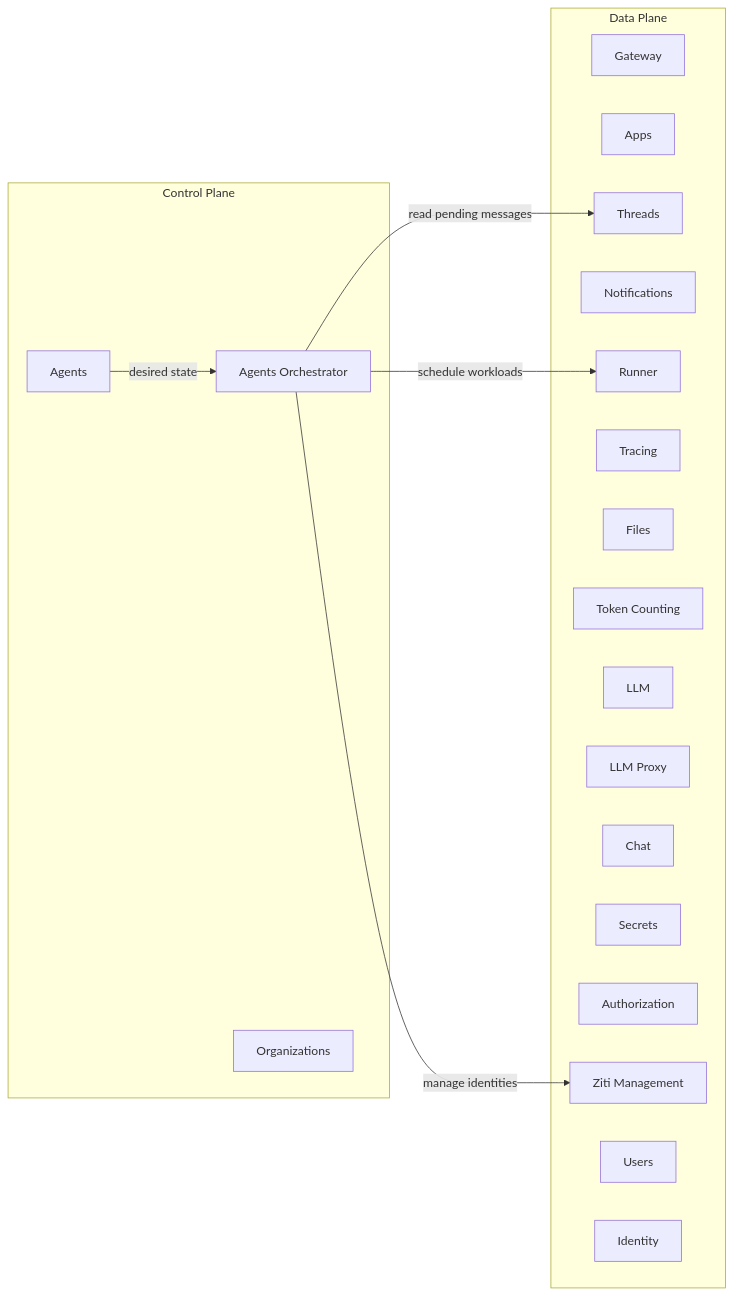
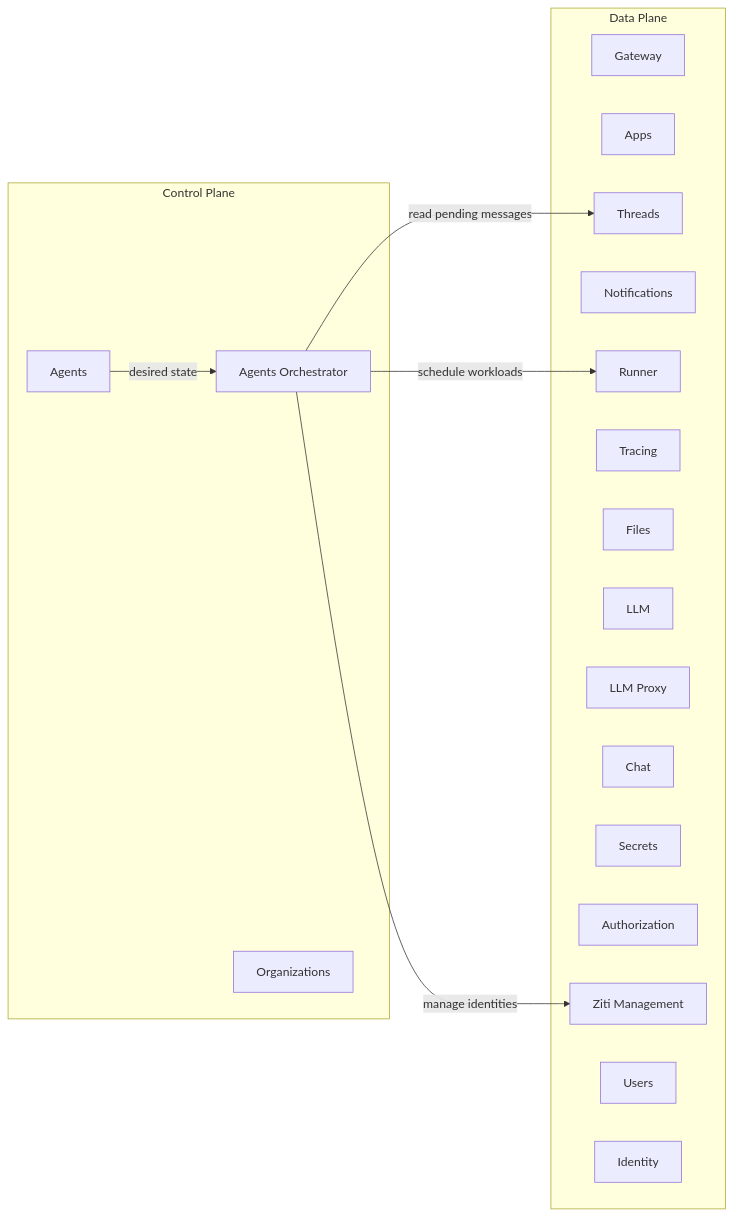
One commit to agynio/architecture changed the first of 2 diagrams in architecture/control-data-plane.md. Above: the diagram before and after it, drawn with Mermaid. The commit also changed other lines of this file and 9 other files, not shown here.

Commit message:
Merge token counting part of the agn

````diff
--- a/architecture/control-data-plane.md
+++ b/architecture/control-data-plane.md
@@ -21,32 +21,31 @@
 ```mermaid
 graph LR
     subgraph Control Plane
         Agents
         AgentsOrch[Agents Orchestrator]
         Organizations
     end
 
     subgraph Data Plane
         Gateway
         Apps
         Threads
         Notifications
         Runner
         Tracing
         Files
-        TokenCounting[Token Counting]
         LLM
         LLMProxy[LLM Proxy]
         Chat
         Secrets
         Authorization
         ZitiMgmt[Ziti Management]
         Users
         Identity
     end
 
     Agents -->|desired state| AgentsOrch
     AgentsOrch -->|schedule workloads| Runner
     AgentsOrch -->|manage identities| ZitiMgmt
     AgentsOrch -->|read pending messages| Threads
 ```
````
